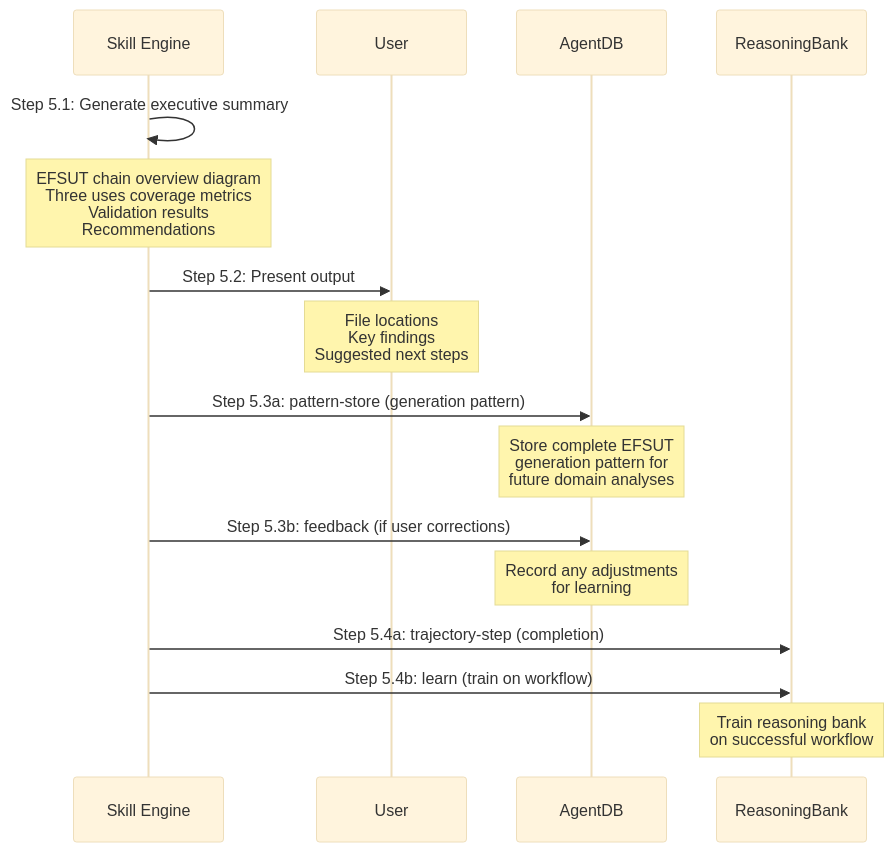
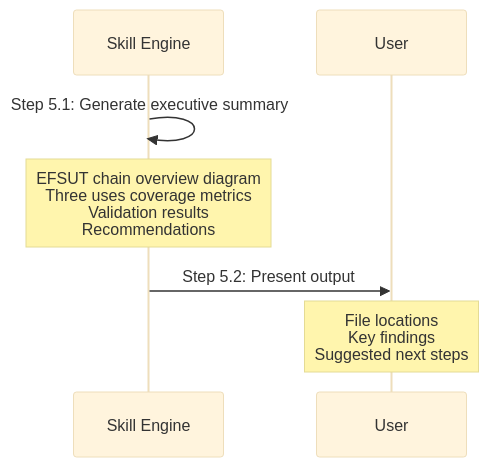
One commit to ckoertje-rtsync/devs-skills-claude changed the eighth of 8 diagrams in skills/generate-ef-sut/SKILL.md. Above: the diagram before and after it, drawn with Mermaid (base theme). The commit also changed other lines of this file, not shown here.

First line of the commit message:
generate-ef-sut: drop AgentDB and ReasoningBank hooks

````diff
--- a/skills/generate-ef-sut/SKILL.md
+++ b/skills/generate-ef-sut/SKILL.md
@@ -952,23 +874,11 @@
 ```mermaid
 sequenceDiagram
     participant S as Skill Engine
     participant U as User
-    participant A as AgentDB
-    participant RB as ReasoningBank
 
     S->>S: Step 5.1: Generate executive summary
     Note over S: EFSUT chain overview diagram<br/>Three uses coverage metrics<br/>Validation results<br/>Recommendations
 
     S->>U: Step 5.2: Present output
     Note over U: File locations<br/>Key findings<br/>Suggested next steps
-
-    S->>A: Step 5.3a: pattern-store (generation pattern)
-    Note over A: Store complete EFSUT<br/>generation pattern for<br/>future domain analyses
-
-    S->>A: Step 5.3b: feedback (if user corrections)
-    Note over A: Record any adjustments<br/>for learning
-
-    S->>RB: Step 5.4a: trajectory-step (completion)
-    S->>RB: Step 5.4b: learn (train on workflow)
-    Note over RB: Train reasoning bank<br/>on successful workflow
 ```
````
